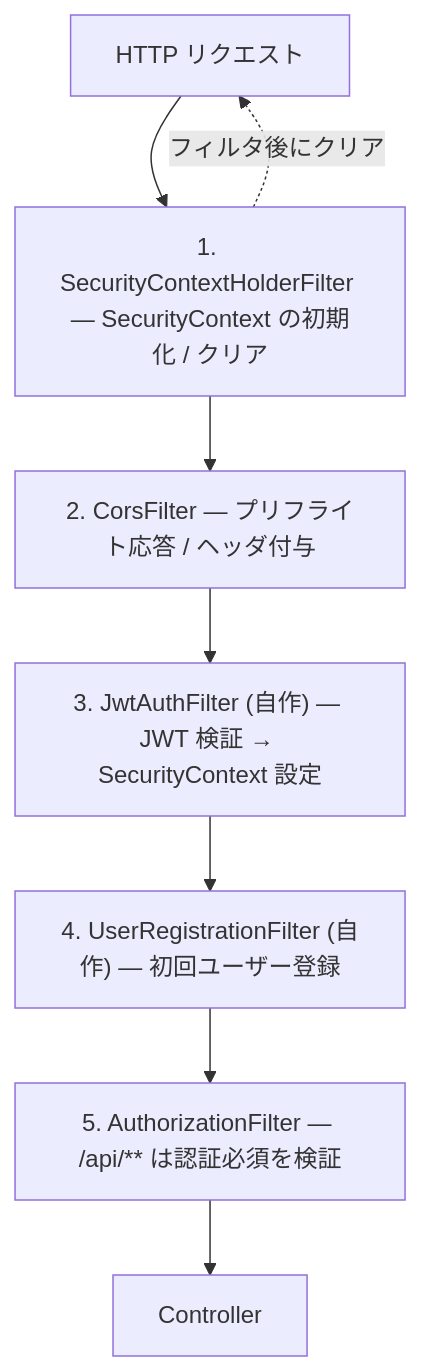
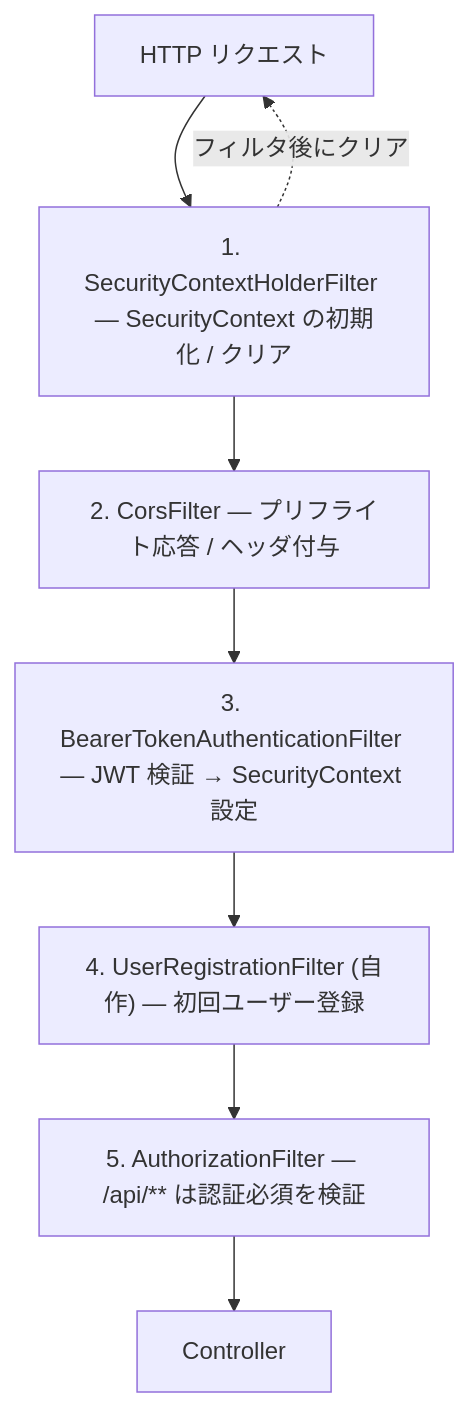
The third of 9 diagrams in docs/backend/04-security.md (DRS22DownForce/SmartHouseholdAccountBook), drawn with Mermaid before and after one commit. The commit also changed other lines of this file and 30 other files, not shown here.

````diff
--- a/docs/backend/04-security.md
+++ b/docs/backend/04-security.md
@@ -122,12 +122,12 @@
 ```mermaid
 flowchart TB
     Req["HTTP リクエスト"]
     F1["1. SecurityContextHolderFilter — SecurityContext の初期化 / クリア"]
     F2["2. CorsFilter — プリフライト応答 / ヘッダ付与"]
-    F3["3. JwtAuthFilter (自作) — JWT 検証 → SecurityContext 設定"]
+    F3["3. BearerTokenAuthenticationFilter — JWT 検証 → SecurityContext 設定"]
     F4["4. UserRegistrationFilter (自作) — 初回ユーザー登録"]
     F5["5. AuthorizationFilter — /api/** は認証必須を検証"]
     Ctrl["Controller"]
     Req --> F1 --> F2 --> F3 --> F4 --> F5 --> Ctrl
     F1 -. "フィルタ後にクリア" .-> Req
 ```
````
